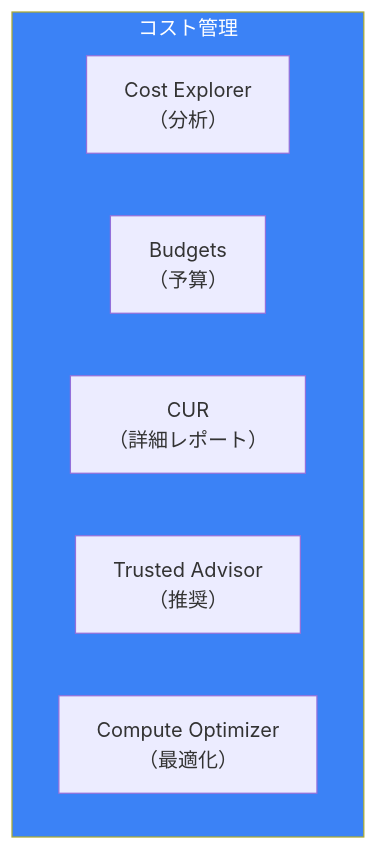
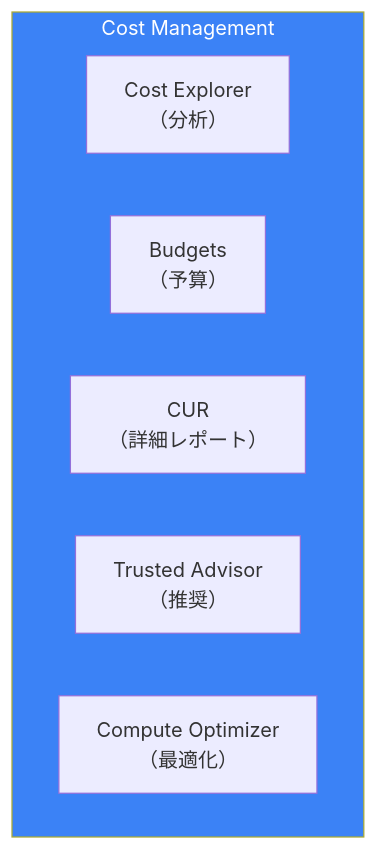
One commit to shunkus/shunku.net changed diagram 11 of 11 in content/blog/ja/aws-cost-management.md. Above: the diagram before and after it, drawn with Mermaid. The commit also changed other lines of this file and 56 other files, not shown here.

````diff
--- a/content/blog/ja/aws-cost-management.md
+++ b/content/blog/ja/aws-cost-management.md
@@ -473,12 +473,12 @@
 ```mermaid
 flowchart TB
-    subgraph CostManagement["コスト管理"]
+    subgraph CostManagement["Cost Management"]
         CE["Cost Explorer<br/>（分析）"]
         Budgets["Budgets<br/>（予算）"]
         CUR["CUR<br/>（詳細レポート）"]
         TA["Trusted Advisor<br/>（推奨）"]
         CO["Compute Optimizer<br/>（最適化）"]
     end
 
     style CostManagement fill:#3b82f6,color:#fff
 ```
````
